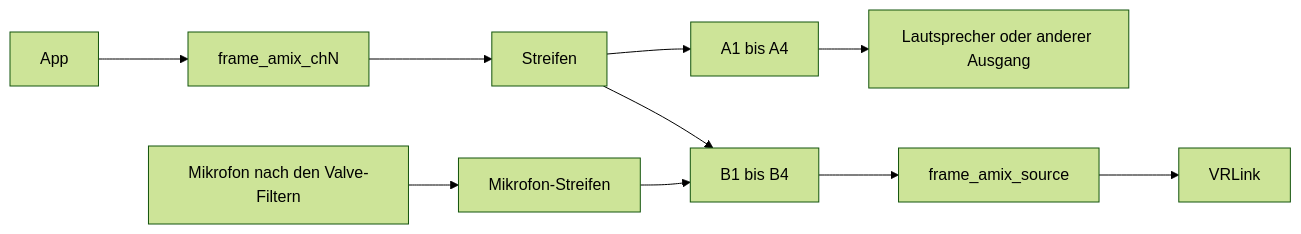
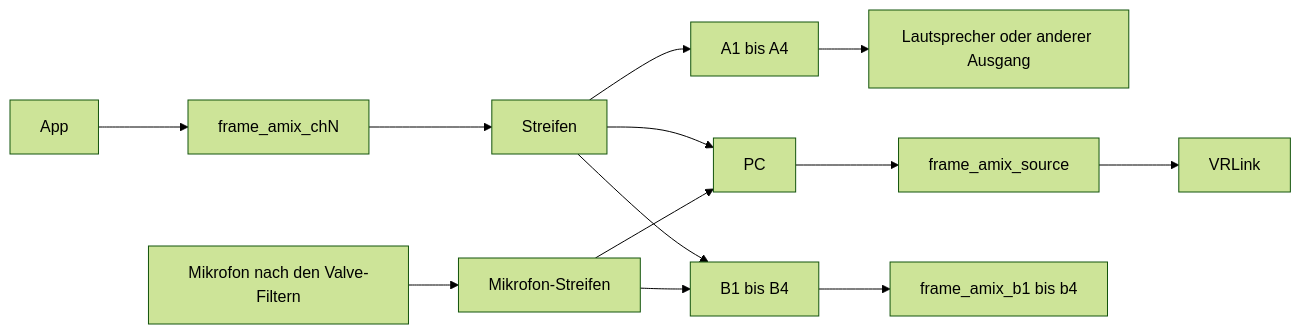
Before and after one commit to marcus-universe/frame-audio-mixer: the diagram in docs/how-it-works.de.md, drawn with Mermaid (forest theme). The commit also changed other lines of this file and 42 other files, not shown here.

````diff
--- a/docs/how-it-works.de.md
+++ b/docs/how-it-works.de.md
@@ -7,12 +7,15 @@
 ```mermaid
 flowchart LR
   appA[App] --> chSink["frame_amix_chN"]
   micSrc["Mikrofon nach den Valve-Filtern"] --> micStrip["Mikrofon-Streifen"]
   chSink --> chStrip["Streifen"]
   chStrip --> busA["A1 bis A4"]
+  chStrip --> busPc["PC"]
   chStrip --> busB["B1 bis B4"]
+  micStrip --> busPc
   micStrip --> busB
   busA --> speakers["Lautsprecher oder anderer Ausgang"]
-  busB --> frameMix["frame_amix_source"]
+  busPc --> frameMix["frame_amix_source"]
+  busB --> virtualMics["frame_amix_b1 bis b4"]
   frameMix --> vrlink["VRLink"]
 ```
````
